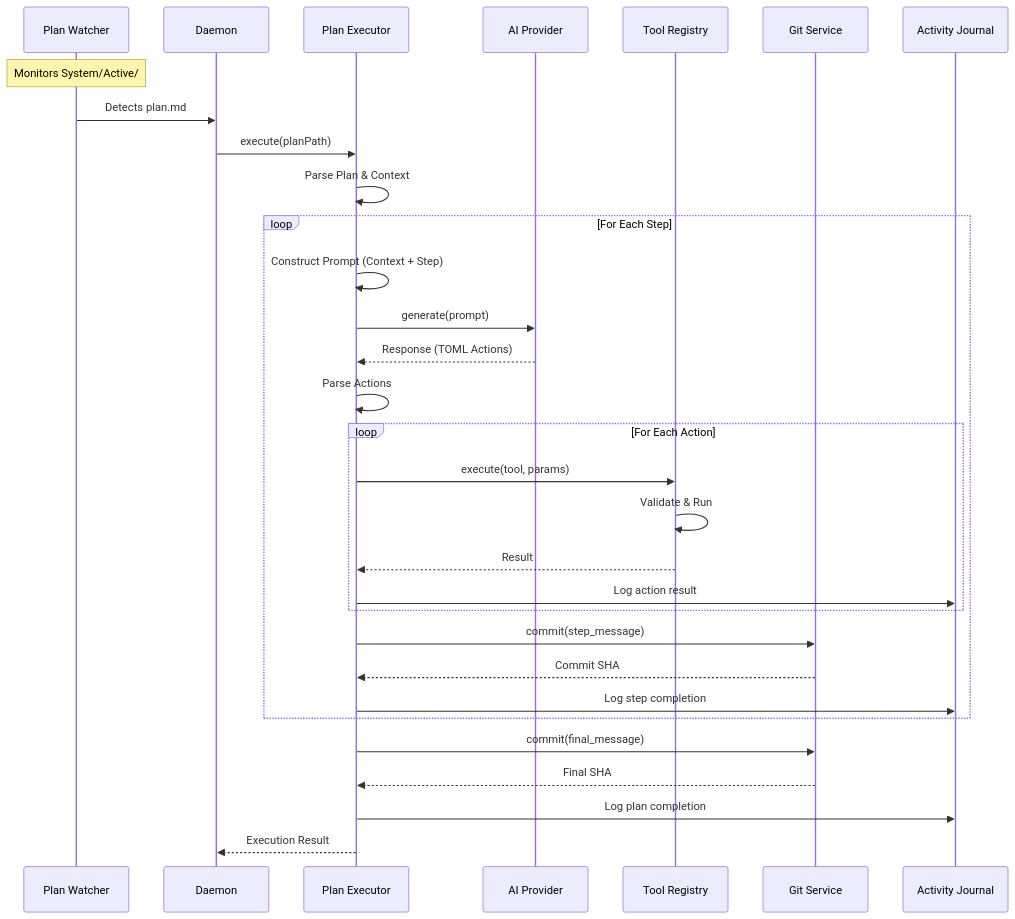
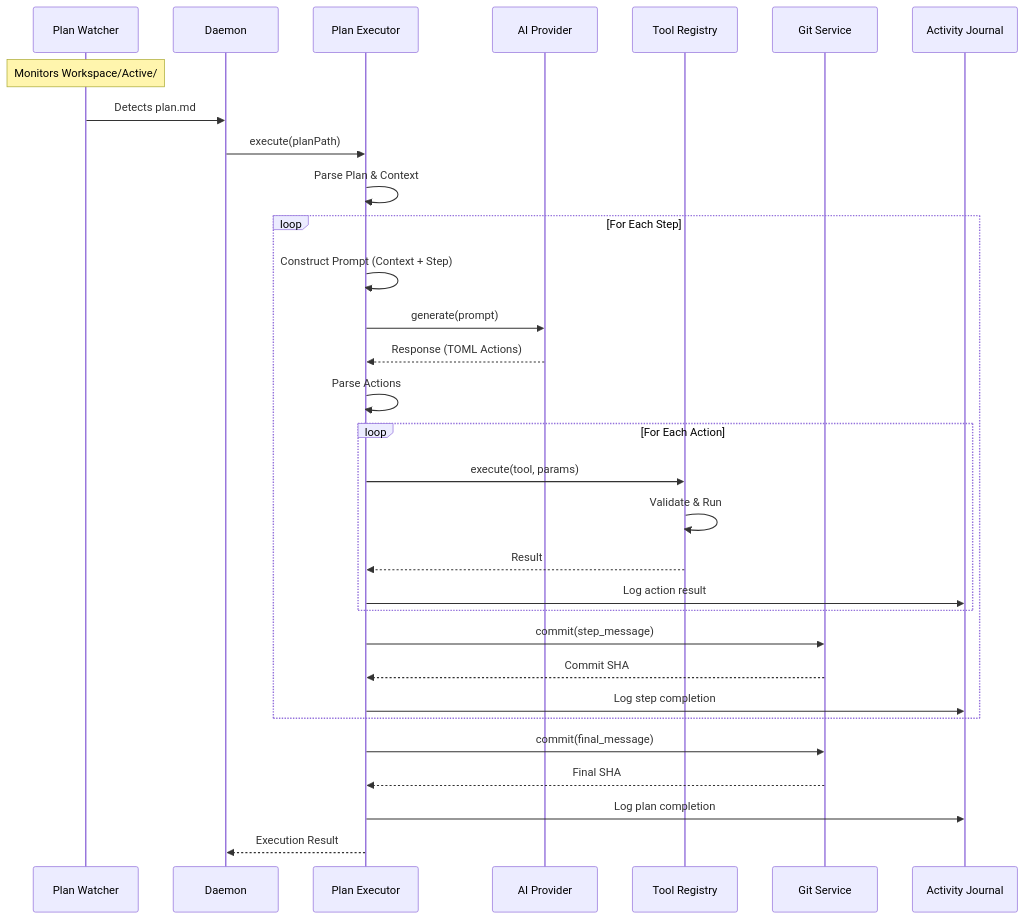
The fourth of 18 diagrams in docs/ExoFrame_Architecture.md (dostark/exoframe-public), drawn with Mermaid before and after one commit. The commit also changed other lines of this file and 212 other files, not shown here.

````diff
--- a/docs/ExoFrame_Architecture.md
+++ b/docs/ExoFrame_Architecture.md
@@ -365,41 +366,41 @@
 ```mermaid
 sequenceDiagram
     participant W as Plan Watcher
     participant Main as Daemon
     participant PE as Plan Executor
     participant LLM as AI Provider
     participant TR as Tool Registry
     participant Git as Git Service
     participant DB as Activity Journal
 
-    Note over W: Monitors System/Active/
+    Note over W: Monitors Workspace/Active/
 
     W->>Main: Detects plan.md
     Main->>PE: execute(planPath)
 
     PE->>PE: Parse Plan & Context
 
     loop For Each Step
         PE->>PE: Construct Prompt (Context + Step)
         PE->>LLM: generate(prompt)
         LLM-->>PE: Response (TOML Actions)
 
         PE->>PE: Parse Actions
 
         loop For Each Action
             PE->>TR: execute(tool, params)
             TR->>TR: Validate & Run
             TR-->>PE: Result
             PE->>DB: Log action result
         end
 
         PE->>Git: commit(step_message)
         Git-->>PE: Commit SHA
         PE->>DB: Log step completion
     end
 
     PE->>Git: commit(final_message)
     Git-->>PE: Final SHA
     PE->>DB: Log plan completion
     PE-->>Main: Execution Result
 ```
````
